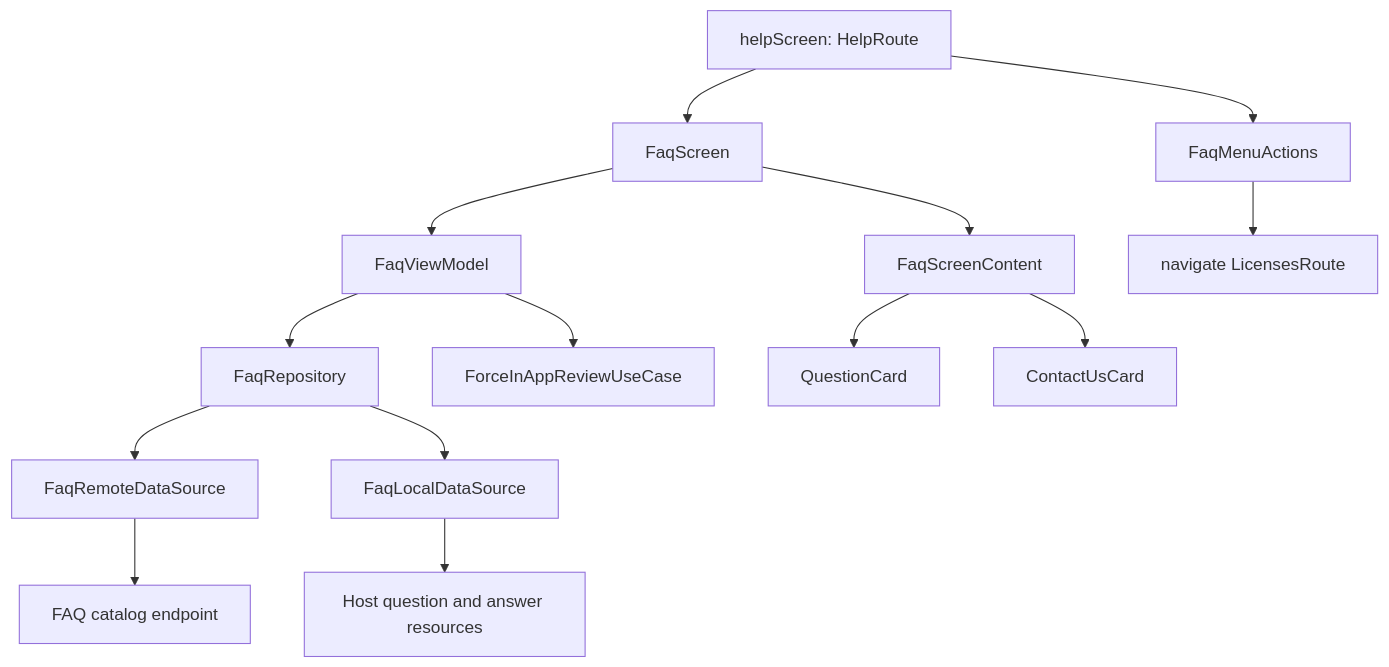
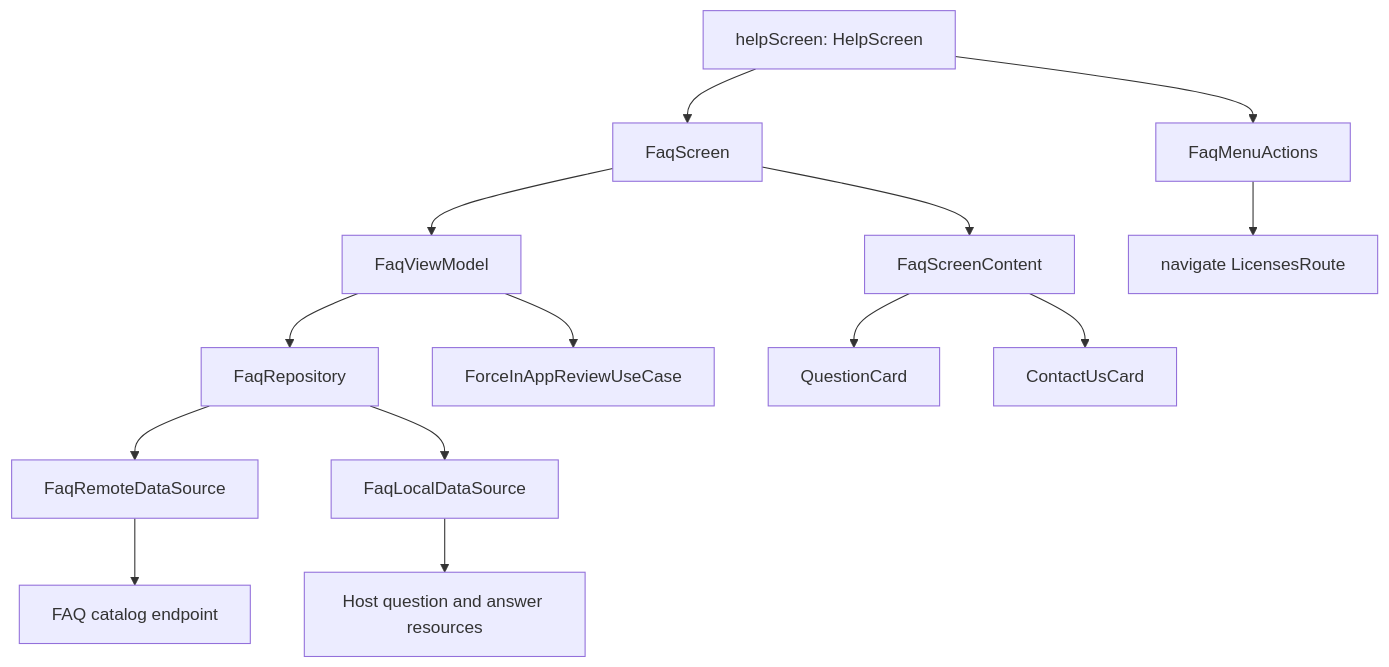
The diagram in library/feature/faq/README.md (MihaiCristianCondrea/App-Toolkit-for-Android), drawn with Mermaid before and after one commit. The commit also changed other lines of this file and 55 other files, not shown here.

````diff
--- a/library/feature/faq/README.md
+++ b/library/feature/faq/README.md
@@ -88,16 +85,16 @@
 ```mermaid
 flowchart TD
-    Page[helpScreen: HelpRoute] --> Screen[FaqScreen]
+    Page[helpScreen: HelpScreen] --> Screen[FaqScreen]
     Page --> Menu[FaqMenuActions]
     Screen --> VM[FaqViewModel]
     Screen --> Content[FaqScreenContent]
     VM --> Repo[FaqRepository]
     Repo --> Remote[FaqRemoteDataSource]
     Remote --> Catalog[FAQ catalog endpoint]
     Repo --> Local[FaqLocalDataSource]
     Local --> Resources[Host question and answer resources]
     Content --> Card[QuestionCard]
     Content --> Contact[ContactUsCard]
     VM --> Review[ForceInAppReviewUseCase]
     Menu --> Licenses[navigate LicensesRoute]
 ```
````
